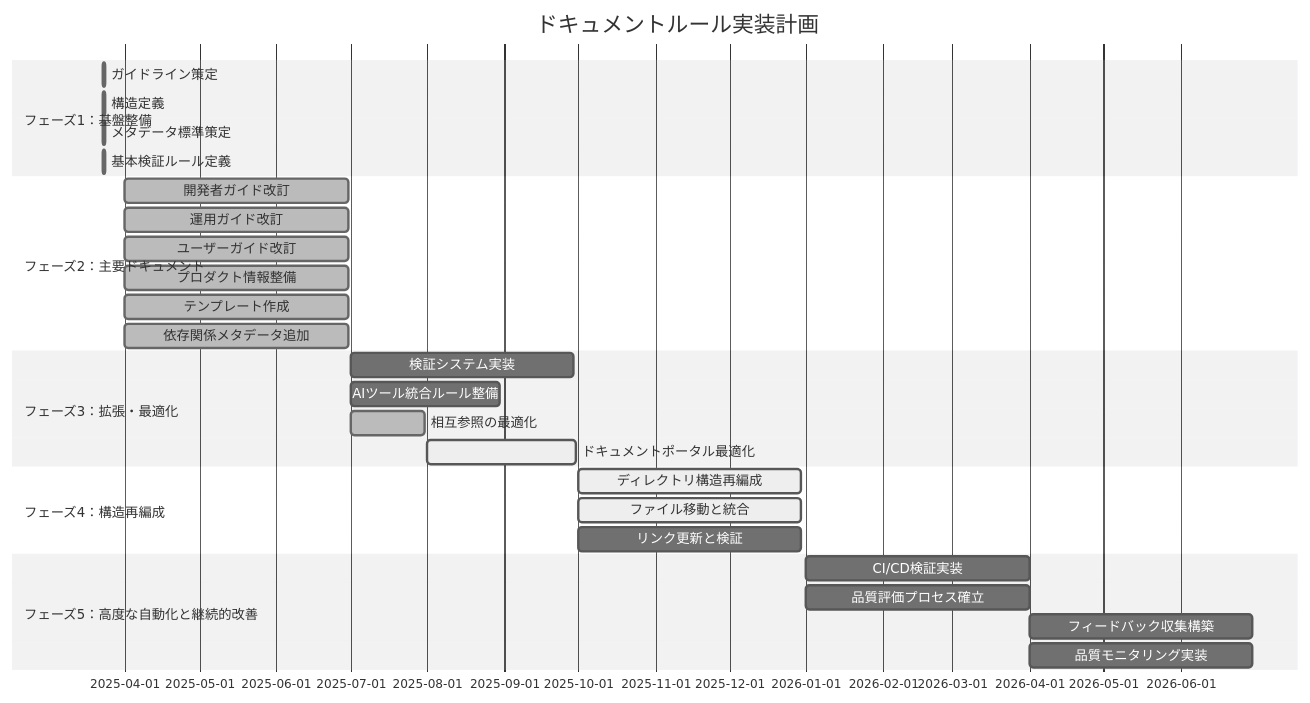
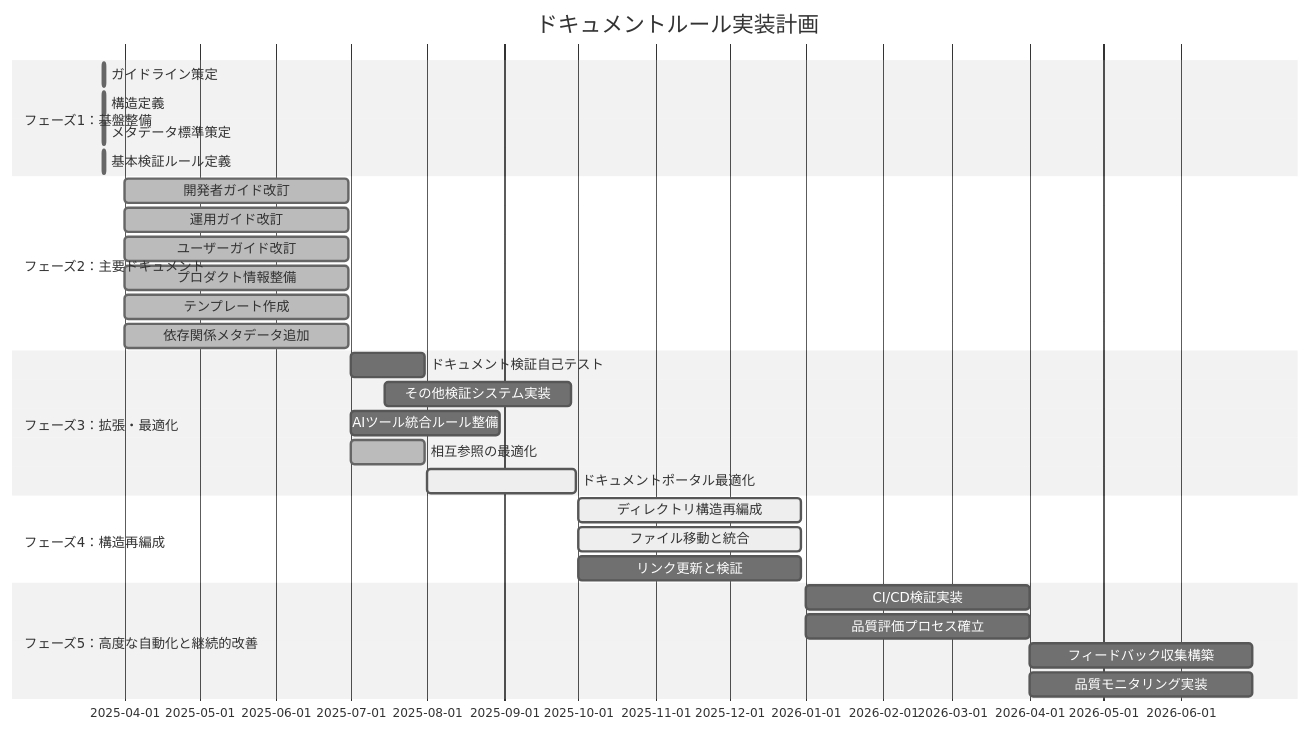
Before and after one commit to ToyB0x/git-resume: the diagram in docs/PLAN.md, drawn with Mermaid (neutral theme). The commit also changed other lines of this file, not shown here.

Commit message:
docs: enhance PLAN.md with self-testing for document validation system and update Gantt chart

````diff
--- a/docs/PLAN.md
+++ b/docs/PLAN.md
@@ -135,31 +140,32 @@
 ```mermaid
 gantt
     title ドキュメントルール実装計画
     dateFormat  YYYY-MM-DD
     section フェーズ1：基盤整備
     ガイドライン策定      :done, 2025-03-23, 1d
     構造定義              :done, 2025-03-23, 1d
     メタデータ標準策定    :done, 2025-03-23, 1d
     基本検証ルール定義    :done, 2025-03-23, 1d
     section フェーズ2：主要ドキュメント
     開発者ガイド改訂      :done, 2025-04-01, 90d
     運用ガイド改訂        :done, 2025-04-01, 90d
     ユーザーガイド改訂    :done, 2025-04-01, 90d
     プロダクト情報整備    :done, 2025-04-01, 90d
     テンプレート作成      :done, 2025-04-01, 90d
     依存関係メタデータ追加 :done, 2025-04-01, 90d
     section フェーズ3：拡張・最適化
-    検証システム実装      :2025-07-01, 90d
+    ドキュメント検証自己テスト :2025-07-01, 30d
+    その他検証システム実装    :2025-07-15, 75d
     AIツール統合ルール整備 :2025-07-01, 60d
     相互参照の最適化      :done, 2025-07-01, 30d
     ドキュメントポータル最適化 :active, 2025-08-01, 60d
     section フェーズ4：構造再編成
     ディレクトリ構造再編成 :active, 2025-10-01, 90d
     ファイル移動と統合     :active, 2025-10-01, 90d
     リンク更新と検証       :2025-10-01, 90d
     section フェーズ5：高度な自動化と継続的改善
     CI/CD検証実装         :2026-01-01, 90d
     品質評価プロセス確立   :2026-01-01, 90d
     フィードバック収集構築 :2026-04-01, 90d
     品質モニタリング実装   :2026-04-01, 90d
 ```
````
